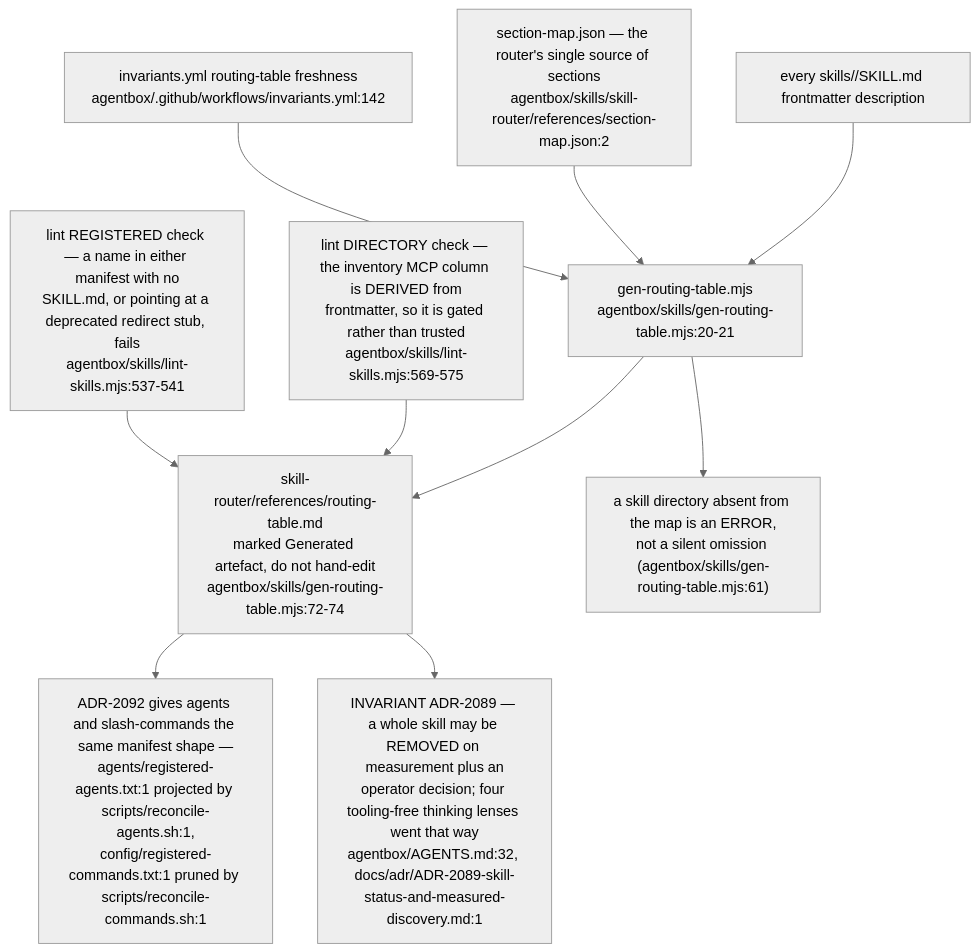
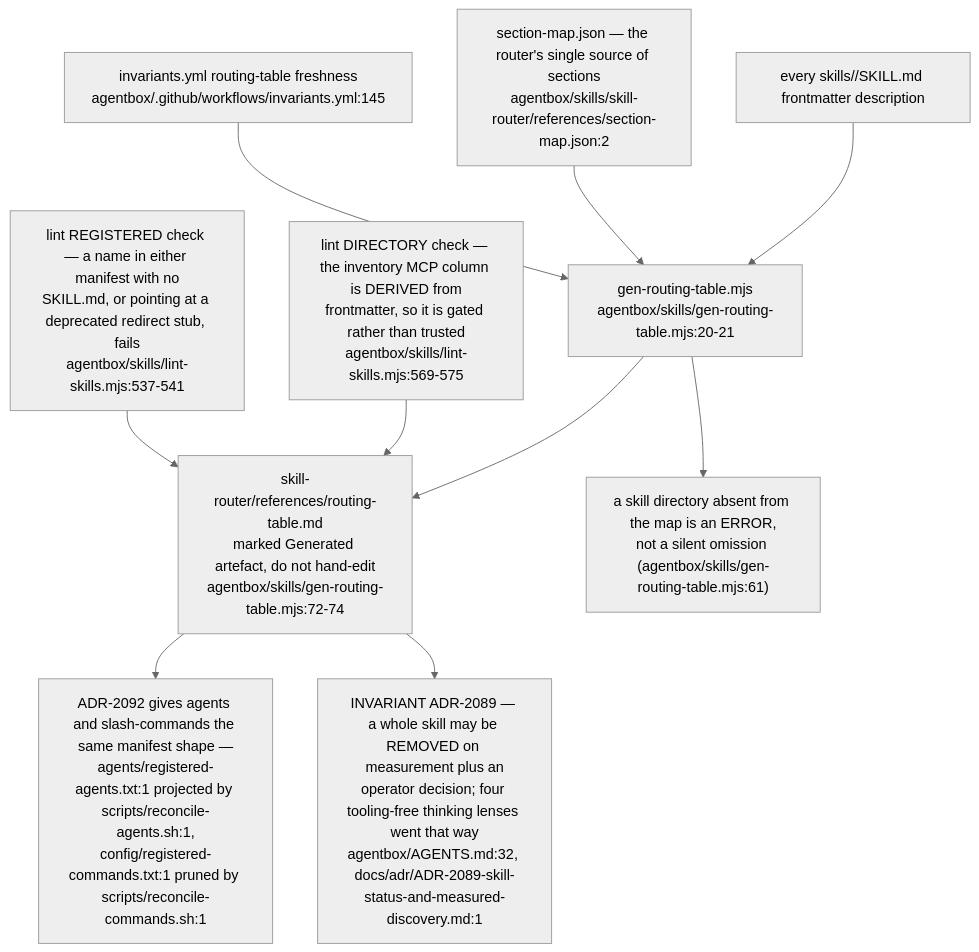
One commit to DreamLab-AI/VisionFlow changed diagram 12 of 12 in docs/diagrams/agentbox/22-skills-and-routing.md. Above: the diagram before and after it, drawn with Mermaid (neutral theme). The commit also changed other lines of this file and 145 other files, not shown here.

````diff
--- a/docs/diagrams/agentbox/22-skills-and-routing.md
+++ b/docs/diagrams/agentbox/22-skills-and-routing.md
@@ -518,12 +518,12 @@
 ```mermaid
 flowchart TB
     FM["every skills/<name>/SKILL.md frontmatter description"] --> GEN["gen-routing-table.mjs<br/>agentbox/skills/gen-routing-table.mjs:20-21"]
     MAP["section-map.json — the router's single source of sections<br/>agentbox/skills/skill-router/references/section-map.json:2"] --> GEN
     GEN --> OUT["skill-router/references/routing-table.md<br/>marked Generated artefact, do not hand-edit<br/>agentbox/skills/gen-routing-table.mjs:72-74"]
     GEN --> MISS["a skill directory absent from the map is an ERROR,<br/>not a silent omission (agentbox/skills/gen-routing-table.mjs:61)"]
-    CI["invariants.yml routing-table freshness<br/>agentbox/.github/workflows/invariants.yml:142"] --> GEN
+    CI["invariants.yml routing-table freshness<br/>agentbox/.github/workflows/invariants.yml:145"] --> GEN
     DIRC["lint DIRECTORY check — the inventory MCP column is DERIVED from<br/>frontmatter, so it is gated rather than trusted<br/>agentbox/skills/lint-skills.mjs:569-575"] --> OUT
     REGC["lint REGISTERED check — a name in either manifest with no<br/>SKILL.md, or pointing at a deprecated redirect stub, fails<br/>agentbox/skills/lint-skills.mjs:537-541"] --> OUT
     OUT --> AG["ADR-2092 gives agents and slash-commands the same manifest shape —<br/>agents/registered-agents.txt:1 projected by scripts/reconcile-agents.sh:1,<br/>config/registered-commands.txt:1 pruned by scripts/reconcile-commands.sh:1"]
     OUT --> RM["INVARIANT ADR-2089 — a whole skill may be REMOVED on measurement plus an<br/>operator decision; four tooling-free thinking lenses went that way<br/>agentbox/AGENTS.md:32, docs/adr/ADR-2089-skill-status-and-measured-discovery.md:1"]
 ```
````
